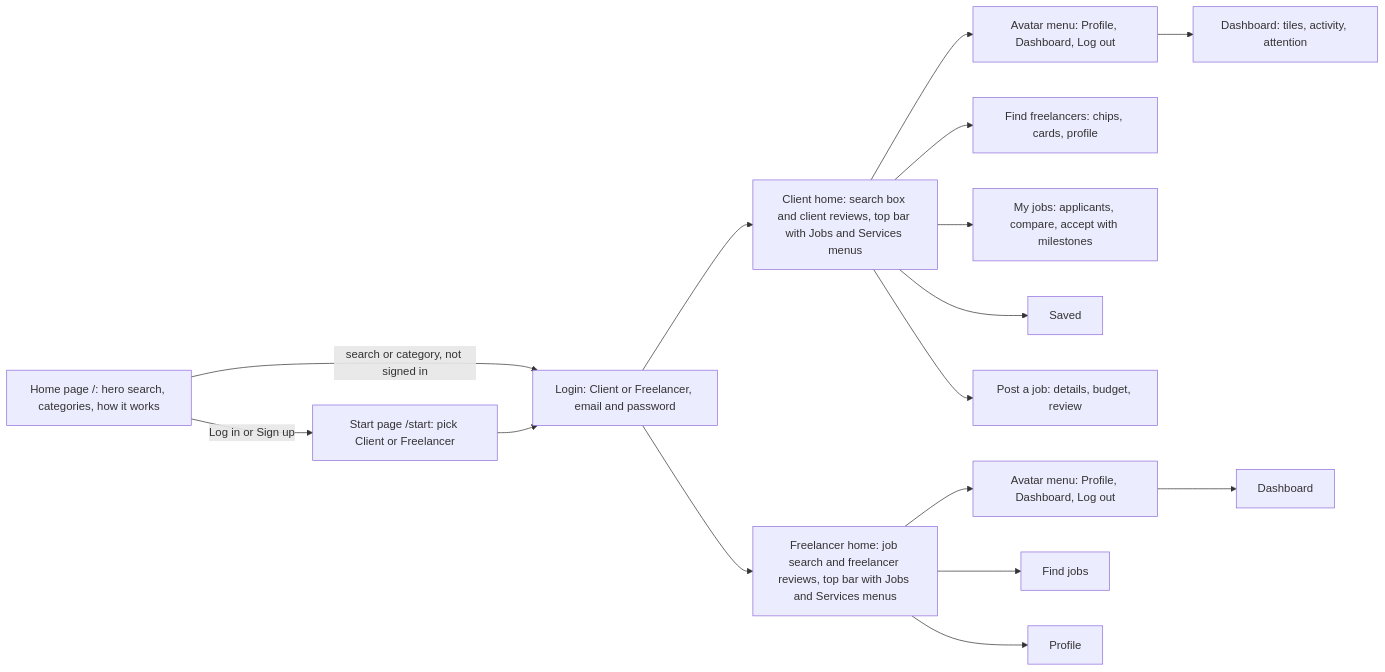
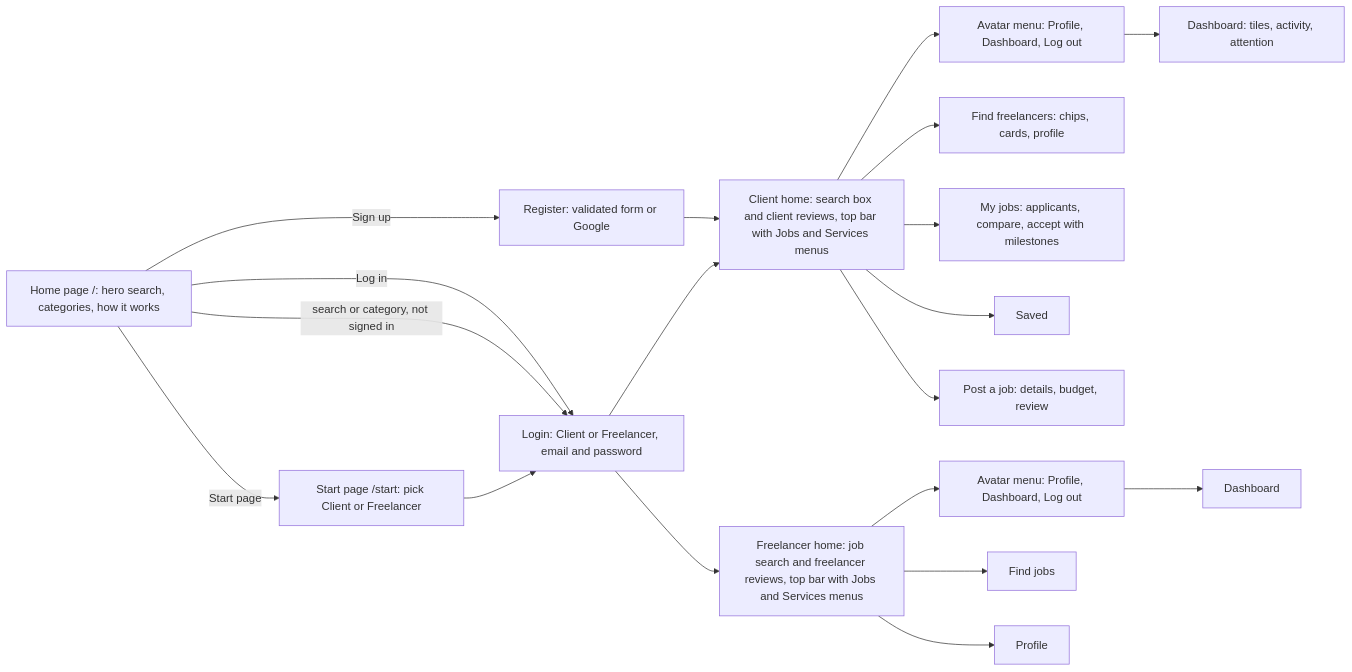
The ninth of 9 diagrams in flow.md (Krishnass05/fynd), drawn with Mermaid before and after one commit. The commit also changed 39 other files, not shown here.

First line of the commit message:
Add real register and login with validation, sessions, lockout and Google sign-in

````diff
--- a/flow.md
+++ b/flow.md
@@ -151,18 +151,21 @@
 ```mermaid
 flowchart LR
-  H[Home page /: hero search, categories, how it works] -->|Log in or Sign up| L[Start page /start: pick Client or Freelancer]
+  H[Home page /: hero search, categories, how it works] -->|Sign up| R[Register: validated form or Google]
+  R --> C
+  H -->|Log in| G
+  H -->|Start page| L[Start page /start: pick Client or Freelancer]
   H -->|search or category, not signed in| G
   L --> G[Login: Client or Freelancer, email and password]
   G --> C[Client home: search box and client reviews, top bar with Jobs and Services menus]
   C --> CP[Avatar menu: Profile, Dashboard, Log out]
   G --> F[Freelancer home: job search and freelancer reviews, top bar with Jobs and Services menus]
   CP --> C1[Dashboard: tiles, activity, attention]
   C --> C2[Find freelancers: chips, cards, profile]
   C --> C3[My jobs: applicants, compare, accept with milestones]
   C --> C4[Saved]
   C --> C5[Post a job: details, budget, review]
   F --> FP[Avatar menu: Profile, Dashboard, Log out]
   FP --> F1[Dashboard]
   F --> F2[Find jobs]
   F --> F3[Profile]
 ```
````
